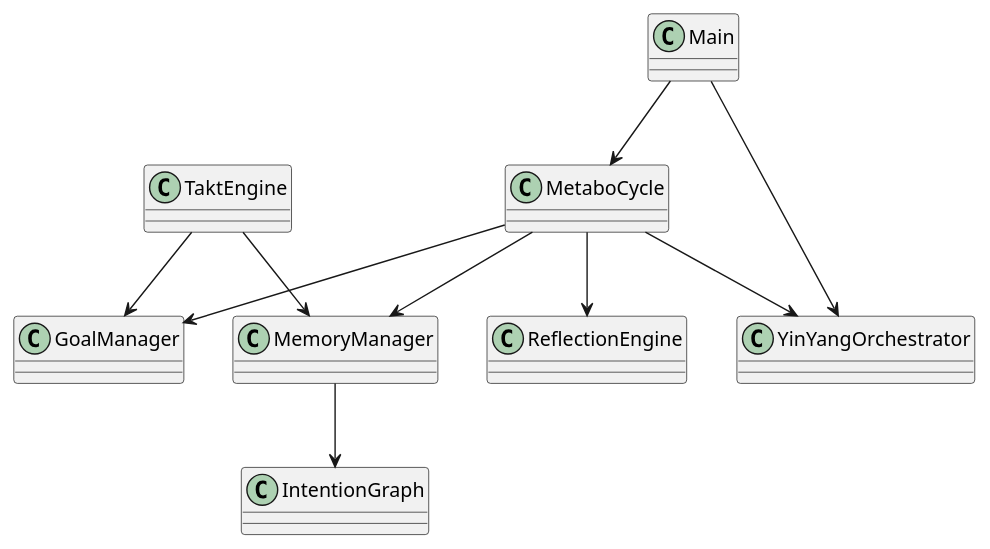
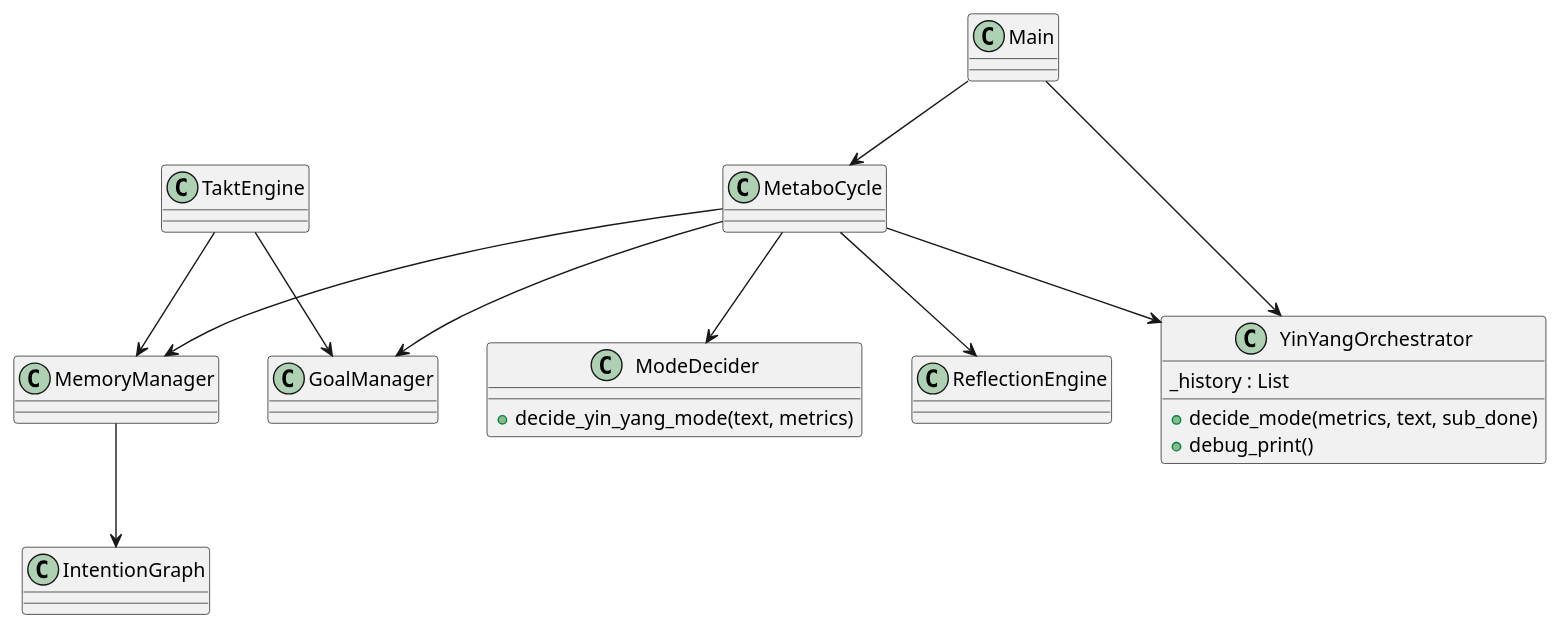
The diagram in doc/diagrams/class_diagram.puml (marcusreimold/MetaboMind), drawn with PlantUML before and after one commit. The commit also changed 9 other files, not shown here.

Commit message:
Add LLM mode decider

```diff
--- a/doc/diagrams/class_diagram.puml
+++ b/doc/diagrams/class_diagram.puml
@@ -1,19 +1,25 @@
 @startuml
 class Main
 class MetaboCycle
 class GoalManager
 class MemoryManager
 class IntentionGraph
 class ReflectionEngine
 class TaktEngine
 class YinYangOrchestrator
+class ModeDecider
+YinYangOrchestrator : +decide_mode(metrics, text, sub_done)
+YinYangOrchestrator : +debug_print()
+YinYangOrchestrator : _history : List
+ModeDecider : +decide_yin_yang_mode(text, metrics)
 Main --> MetaboCycle
 MetaboCycle --> GoalManager
 MetaboCycle --> MemoryManager
 MetaboCycle --> ReflectionEngine
 MetaboCycle --> YinYangOrchestrator
+MetaboCycle --> ModeDecider
 MemoryManager --> IntentionGraph
 TaktEngine --> MemoryManager
 TaktEngine --> GoalManager
 Main --> YinYangOrchestrator
 @enduml
```
